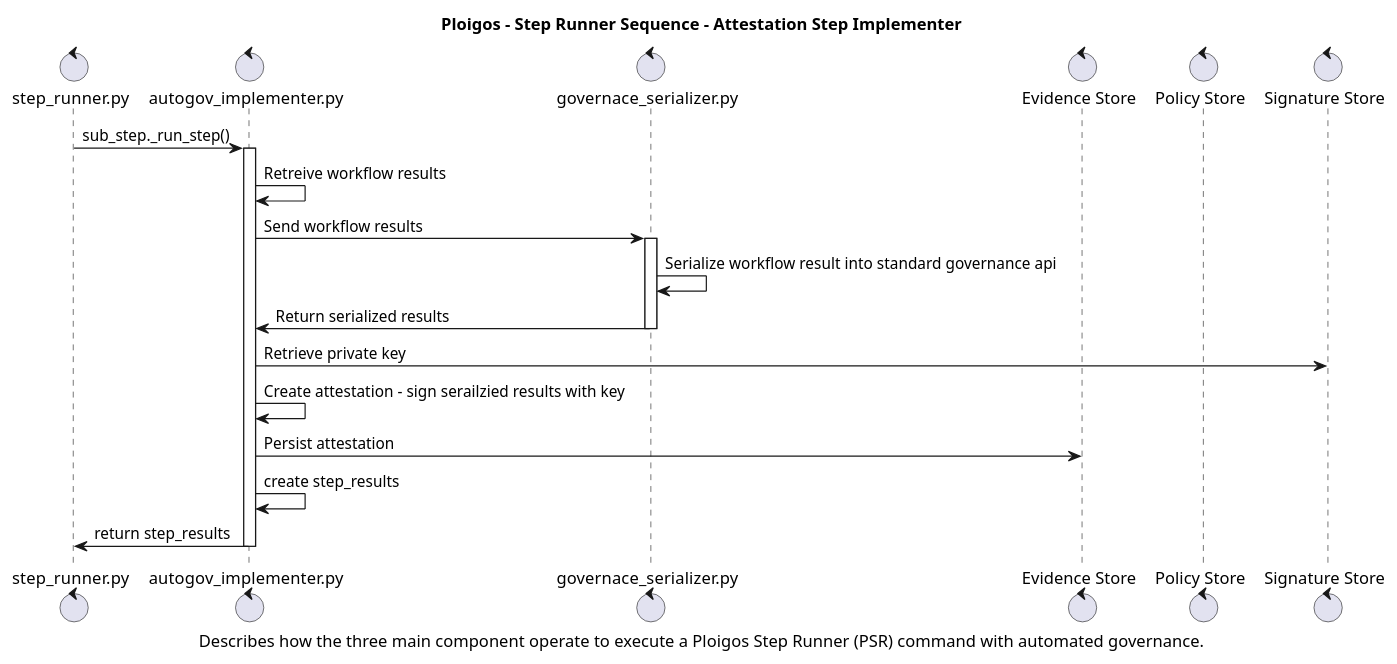
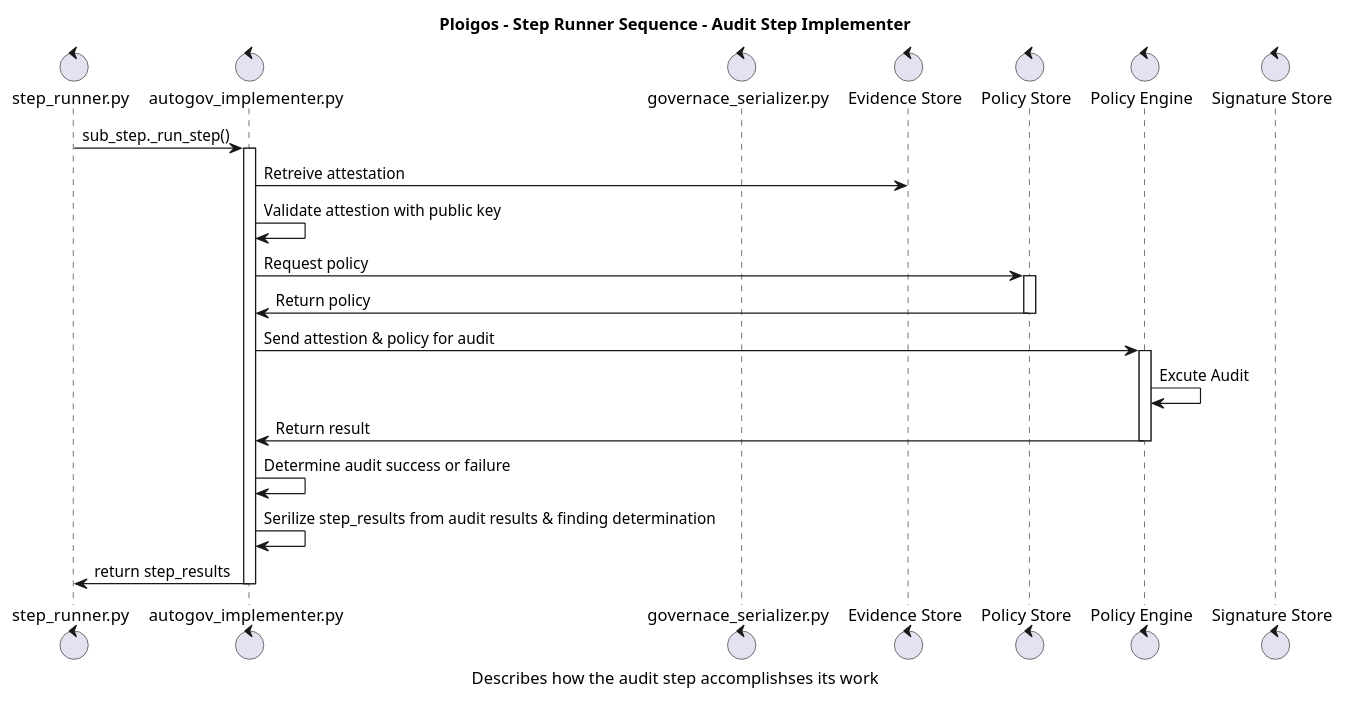
Before and after one commit to ploigos/ploigos-docs: the diagram in images/uml-diagrams/automated-governance/ploigos-step-runner.attestaion-step-implementer.sequence.puml, drawn with PlantUML. The commit also changed 1 other file, not shown here.

Commit message:
added new audit design, updated attestion step verbiage

```diff
--- a/images/uml-diagrams/automated-governance/ploigos-step-runner.attestaion-step-implementer.sequence.puml
+++ b/images/uml-diagrams/automated-governance/ploigos-step-runner.attestaion-step-implementer.sequence.puml
@@ -1,35 +1,39 @@
 @startuml
 
-title Ploigos - Step Runner Sequence - Attestation Step Implementer
-caption Describes how the three main component operate to execute a Ploigos Step Runner (PSR) command with automated governance.
+title Ploigos - Step Runner Sequence - Audit Step Implementer
+caption Describes how the audit step accomplishses its work 
 
 control "step_runner.py" as stepRunner
 control "autogov_implementer.py" as stepImpl
 control "governace_serializer.py" as govSerial
 
 control "Evidence Store" as evidenceStore
 control "Policy Store" as policyStore
+control "Policy Engine" as ploicyEngine
 control "Signature Store" as sigstore
 
 stepRunner -> stepImpl : sub_step._run_step()
 
 activate stepImpl
 
-    stepImpl -> stepImpl : Retreive workflow results
-    stepImpl -> govSerial : Send workflow results
+    stepImpl -> evidenceStore : Retreive attestation
+    stepImpl -> stepImpl : Validate attestion with public key
+    stepImpl -> policyStore : Request policy
 
-    activate govSerial
-        govSerial -> govSerial:  Serialize workflow result into standard governance api
-        stepImpl <- govSerial : Return serialized results
-    deactivate govSerial
+    activate policyStore
+        stepImpl <- policyStore : Return policy
+    deactivate policyStore
 
-    stepImpl -> sigstore : Retrieve private key
-    stepImpl -> stepImpl : Create attestation - sign serailzied results with key
-    stepImpl -> evidenceStore : Persist attestation
+    stepImpl -> ploicyEngine : Send attestion & policy for audit
+    activate ploicyEngine
+        ploicyEngine -> ploicyEngine : Excute Audit
+        stepImpl <- ploicyEngine : Return result
+    deactivate ploicyEngine
 
-    stepImpl -> stepImpl : create step_results
+    stepImpl -> stepImpl : Determine audit success or failure
+    stepImpl -> stepImpl : Serilize step_results from audit results & finding determination
     stepRunner <- stepImpl : return step_results
 
 deactivate stepImpl
 
 @enduml
```
